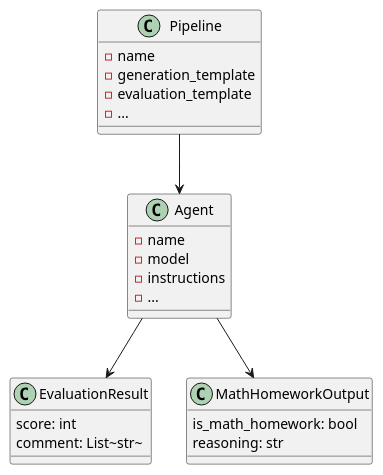
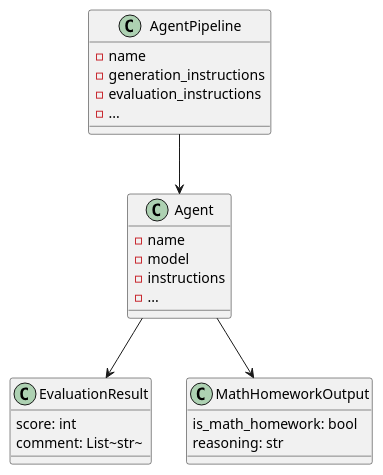
Before and after one commit to kitfactory/refinire: the diagram in docs/architecture.md, drawn with PlantUML. The commit also changed other lines of this file and 33 other files, not shown here.

````diff
--- a/docs/architecture.md
+++ b/docs/architecture.md
@@ -31,27 +31,27 @@
 ```plantuml
 @startuml
-class Pipeline {
+class AgentPipeline {
   - name
-  - generation_template
-  - evaluation_template
+  - generation_instructions
+  - evaluation_instructions
   - ...
 }
 class Agent {
   - name
   - model
   - instructions
   - ...
 }
 class EvaluationResult {
   score: int
   comment: List~str~
 }
 class MathHomeworkOutput {
   is_math_homework: bool
   reasoning: str
 }
-Pipeline --> Agent
+AgentPipeline --> Agent
 Agent --> EvaluationResult
 Agent --> MathHomeworkOutput
 @enduml
 ```
````
